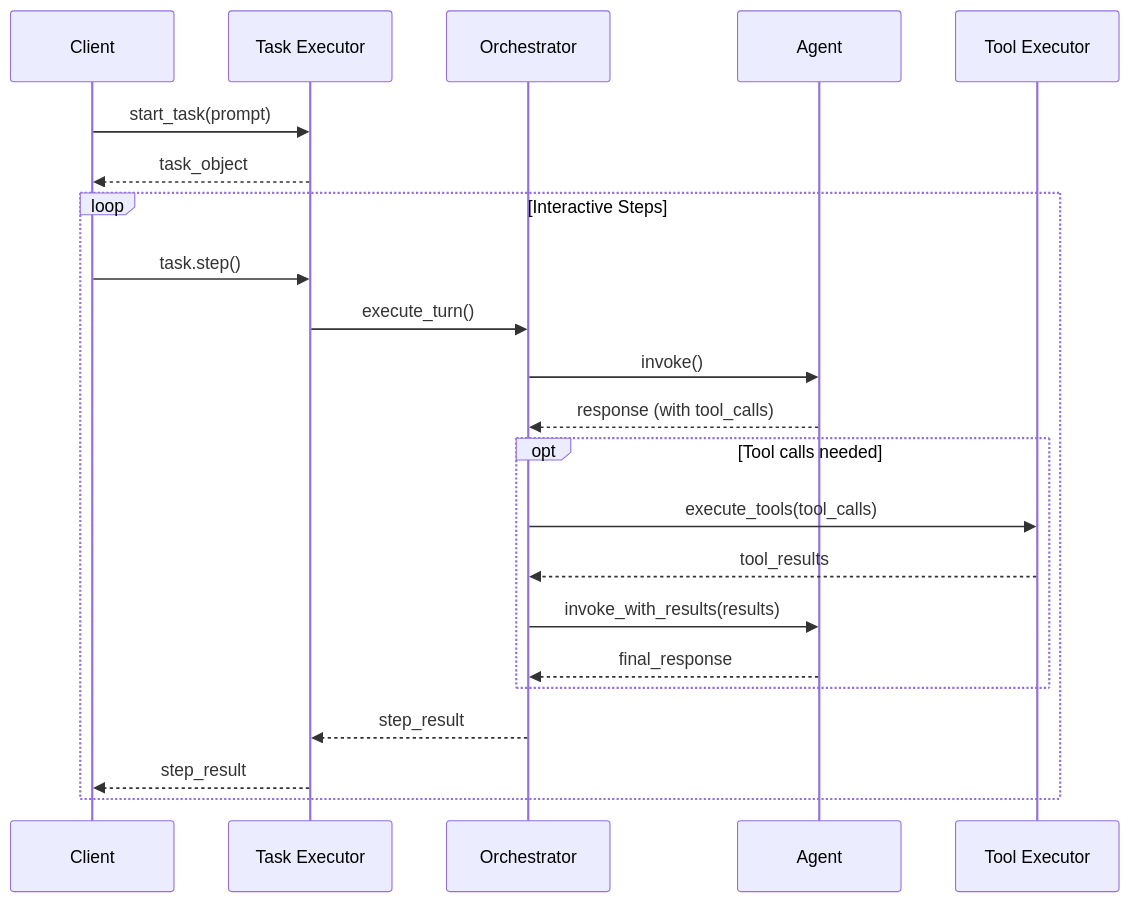
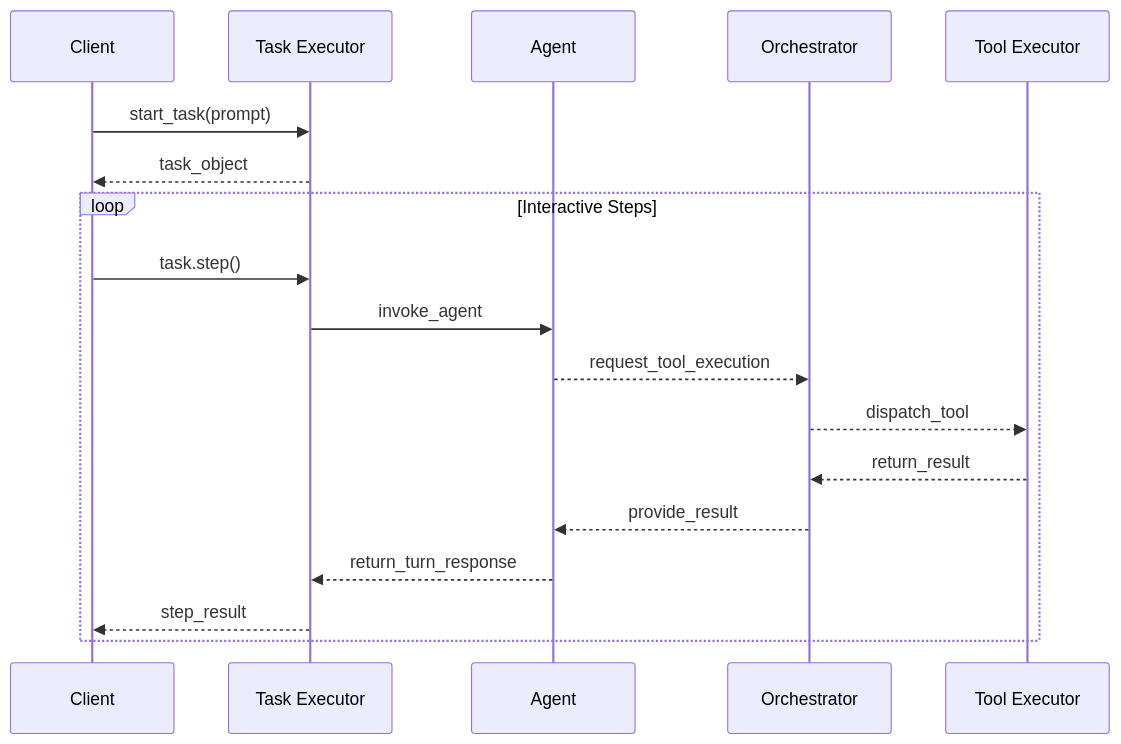
Before and after one commit to dustland/roboco: the third of 4 diagrams in docs/01-architecture.md, drawn with Mermaid. The commit also changed other lines of this file, not shown here.

Commit message:
refactor: clarify roles and interactions in AgentX architecture documentation, enhancing descriptions of Task Executor, Orchestrator, and Agent processes, while updating execution flow diagrams for improved understanding of tool management and agent collaboration

````diff
--- a/docs/01-architecture.md
+++ b/docs/01-architecture.md
@@ -129,26 +125,22 @@
 ```mermaid
 sequenceDiagram
     participant C as Client
     participant TX as Task Executor
+    participant AG as Agent
     participant OR as Orchestrator
-    participant AG as Agent
     participant TE as Tool Executor
 
     C->>TX: start_task(prompt)
     TX-->>C: task_object
 
     loop Interactive Steps
         C->>TX: task.step()
-        TX->>OR: execute_turn()
-        OR->>AG: invoke()
-        AG-->>OR: response (with tool_calls)
-        opt Tool calls needed
-            OR->>TE: execute_tools(tool_calls)
-            TE-->>OR: tool_results
-            OR->>AG: invoke_with_results(results)
-            AG-->>OR: final_response
-        end
-        OR-->>TX: step_result
+        TX->>AG: invoke_agent
+        AG-->>OR: request_tool_execution
+        OR-->>TE: dispatch_tool
+        TE-->>OR: return_result
+        OR-->>AG: provide_result
+        AG-->>TX: return_turn_response
         TX-->>C: step_result
     end
 ```
````
